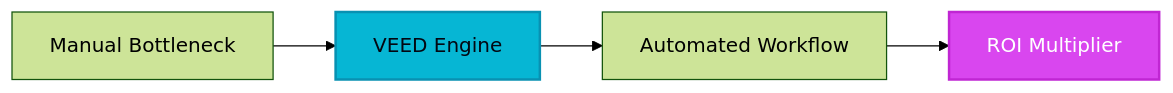
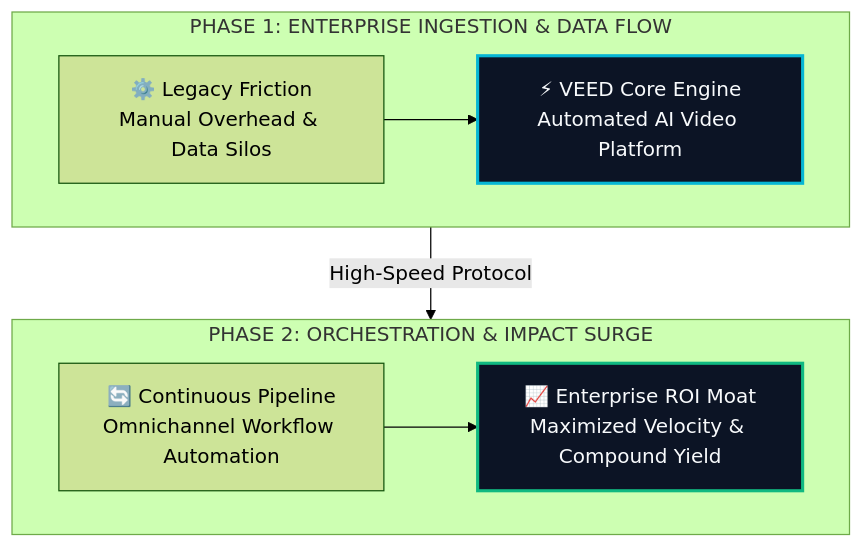
One commit to heliatech-media/saas-radar changed the diagram in site/src/content/blog/veed-evolution-guide-2026.md. Above: the diagram before and after it, drawn with Mermaid (forest theme). The commit also changed 97 other files, not shown here.

First line of the commit message:
feat(diagrams): upgrade all article architecture schemas to high-impact 2-tier responsive vector blueprints

````diff
--- a/site/src/content/blog/veed-evolution-guide-2026.md
+++ b/site/src/content/blog/veed-evolution-guide-2026.md
@@ -53,8 +53,14 @@
 ```mermaid
-flowchart LR
-    A[Manual Bottleneck] --> B[VEED Engine]
-    B --> C[Automated Workflow]
-    C --> D[ROI Multiplier]
-    style B fill:#06b6d4,stroke:#0891b2,stroke-width:2px,color:#030712
-    style D fill:#d946ef,stroke:#c026d3,stroke-width:2px,color:#ffffff
+flowchart TD
+    subgraph S1["PHASE 1: ENTERPRISE INGESTION & DATA FLOW"]
+        direction LR
+        A["⚙️ Legacy Friction<br/>Manual Overhead & Data Silos"] --> B["⚡ VEED Core Engine<br/>Automated AI Video Platform"]
+    end
+    subgraph S2["PHASE 2: ORCHESTRATION & IMPACT SURGE"]
+        direction LR
+        C["🔄 Continuous Pipeline<br/>Omnichannel Workflow Automation"] --> D["📈 Enterprise ROI Moat<br/>Maximized Velocity & Compound Yield"]
+    end
+    S1 -->|High-Speed Protocol| S2
+    style B fill:#0c1425,stroke:#06b6d4,stroke-width:2.5px,color:#f8fafc
+    style D fill:#0c1425,stroke:#10b981,stroke-width:2.5px,color:#f8fafc
 ```
````
